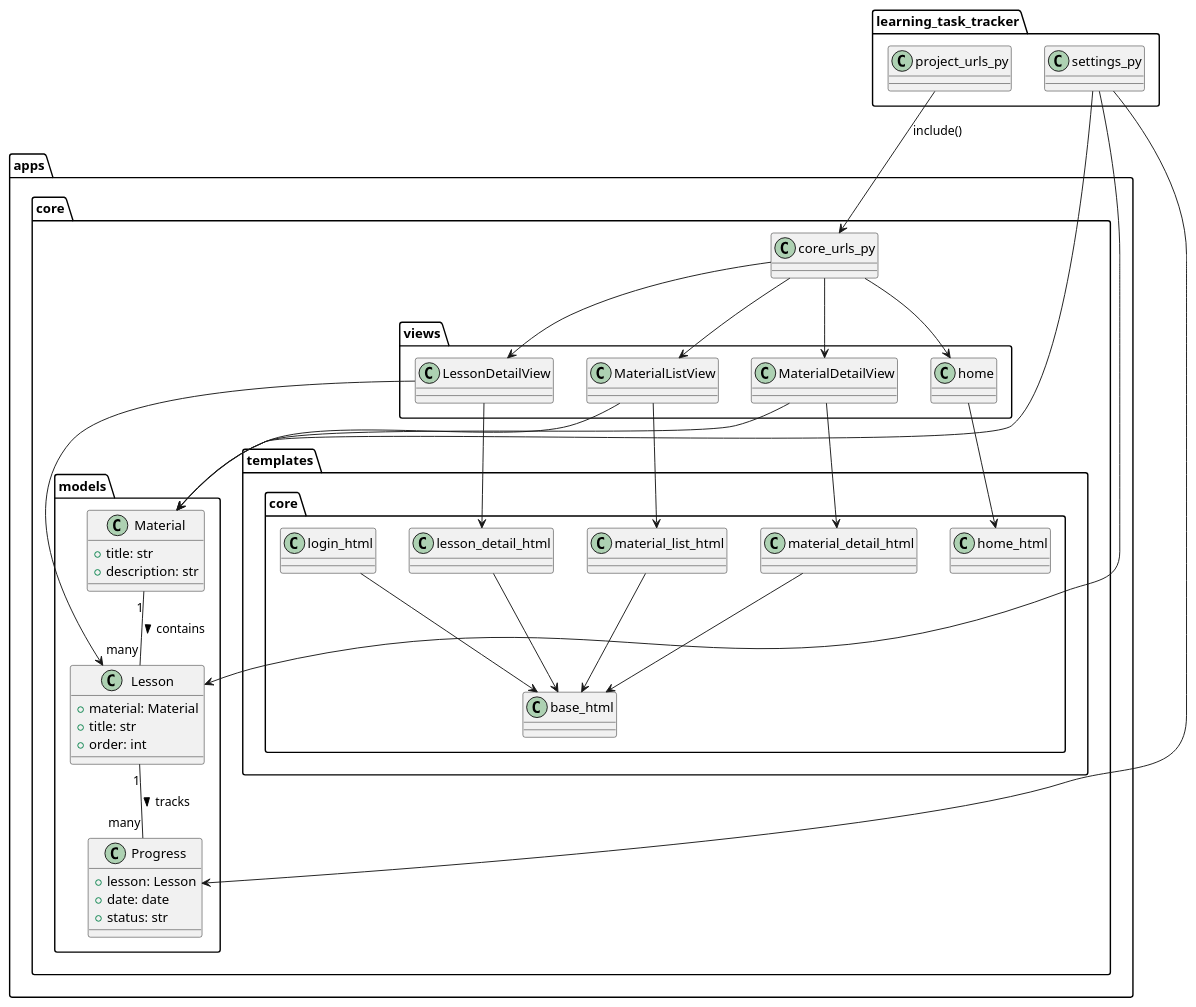
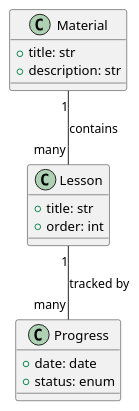
The diagram in docs/uml/class_diagram.puml (ShigeoYugawa/learning-task-tracker-django), drawn with PlantUML before and after one commit. The commit also changed 21 other files, not shown here.

```diff
--- a/docs/uml/class_diagram.puml
+++ b/docs/uml/class_diagram.puml
@@ -1,85 +1,21 @@
 @startuml
 
-' --- Models
-package "apps.core.models" {
-    class Material {
-        +title: str
-        +description: str
-    }
-
-    class Lesson {
-        +material: Material
-        +title: str
-        +order: int
-    }
-
-    class Progress {
-        +lesson: Lesson
-        +date: date
-        +status: str
-    }
+class Material {
+  +title: str
+  +description: str
 }
 
-' --- Views
-package "apps.core.views" {
-    class MaterialListView
-    class MaterialDetailView
-    class LessonDetailView
-    class home
+class Lesson {
+  +title: str
+  +order: int
 }
 
-' --- Templates
-package "apps.core.templates.core" {
-    class base_html
-    class home_html
-    class material_list_html
-    class material_detail_html
-    class lesson_detail_html
-    class login_html
+class Progress {
+  +date: date
+  +status: enum
 }
 
-' --- URL routing
-package "apps.core" {
-    class core_urls_py
-}
-
-package "learning_task_tracker" {
-    class project_urls_py
-    class settings_py
-}
-
-' --- 関係
-
-' モデル間の関連
-Material "1" -- "many" Lesson : contains >
-Lesson "1" -- "many" Progress : tracks >
-
-' View と Model
-MaterialListView --> Material
-MaterialDetailView --> Material
-LessonDetailView --> Lesson
-
-' View と Template
-MaterialListView --> material_list_html
-MaterialDetailView --> material_detail_html
-LessonDetailView --> lesson_detail_html
-home --> home_html
-login_html --> base_html
-material_list_html --> base_html
-material_detail_html --> base_html
-lesson_detail_html --> base_html
-
-' Routing
-core_urls_py --> MaterialListView
-core_urls_py --> MaterialDetailView
-core_urls_py --> LessonDetailView
-core_urls_py --> home
-
-project_urls_py --> core_urls_py : include()
-
-' Settings
-settings_py --> Material
-settings_py --> Lesson
-settings_py --> Progress
+Material "1" -- "many" Lesson : contains
+Lesson "1" -- "many" Progress : tracked by
 
 @enduml
```
